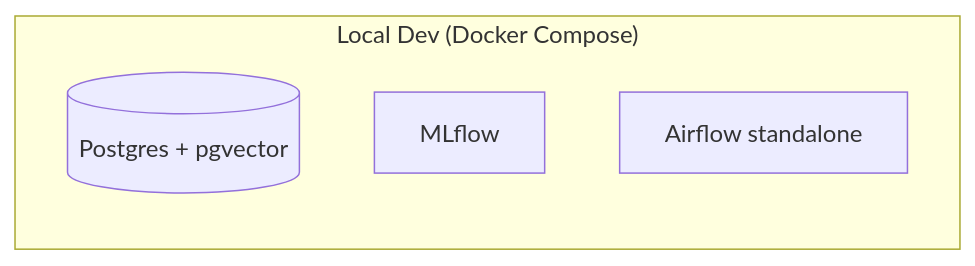
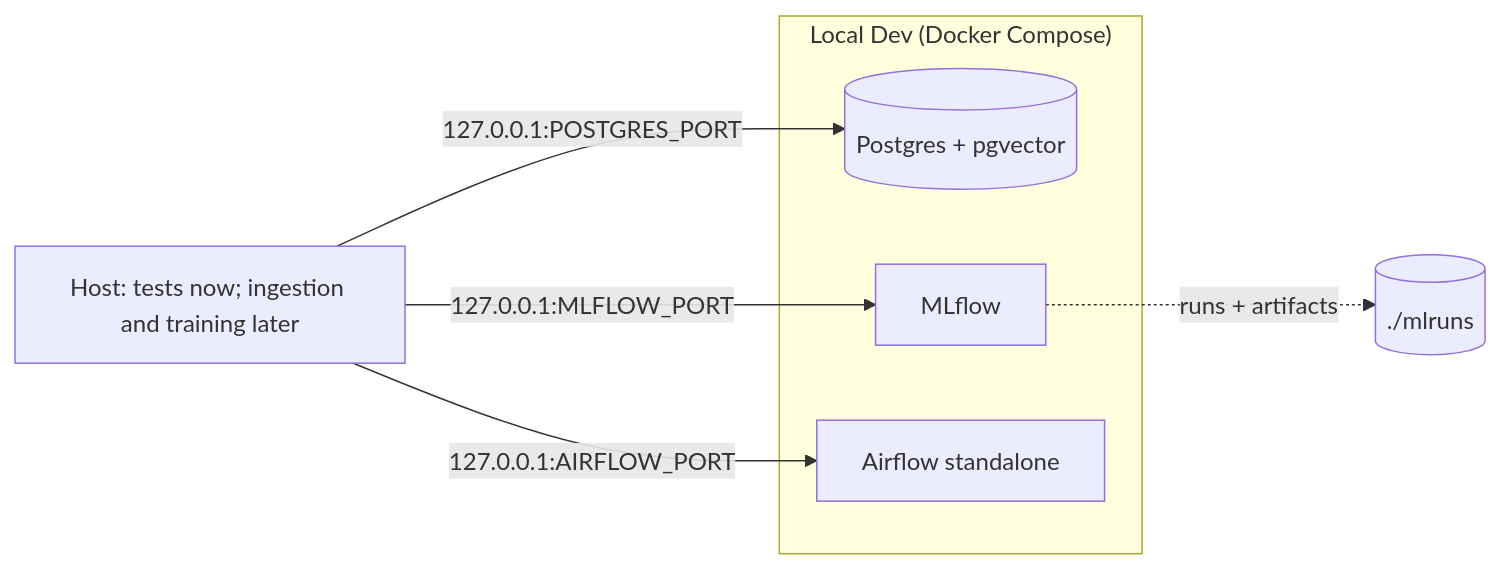
One commit to chiragn28/Dubimator changed the diagram in README.md. Above: the diagram before and after it, drawn with Mermaid. The commit also changed other lines of this file, not shown here.

First line of the commit message:
docs: update README for --wait, ports, and architecture edges

````diff
--- a/README.md
+++ b/README.md
@@ -12,8 +12,14 @@
 ```mermaid
 graph LR
+    Host["Host: tests now; ingestion and training later"]
     subgraph "Local Dev (Docker Compose)"
         PG[(Postgres + pgvector)]
         ML[MLflow]
         AF[Airflow standalone]
     end
+    MLRUNS[("./mlruns")]
+    Host -->|"127.0.0.1:POSTGRES_PORT"| PG
+    Host -->|"127.0.0.1:MLFLOW_PORT"| ML
+    Host -->|"127.0.0.1:AIRFLOW_PORT"| AF
+    ML -.->|"runs + artifacts"| MLRUNS
 ```
````
